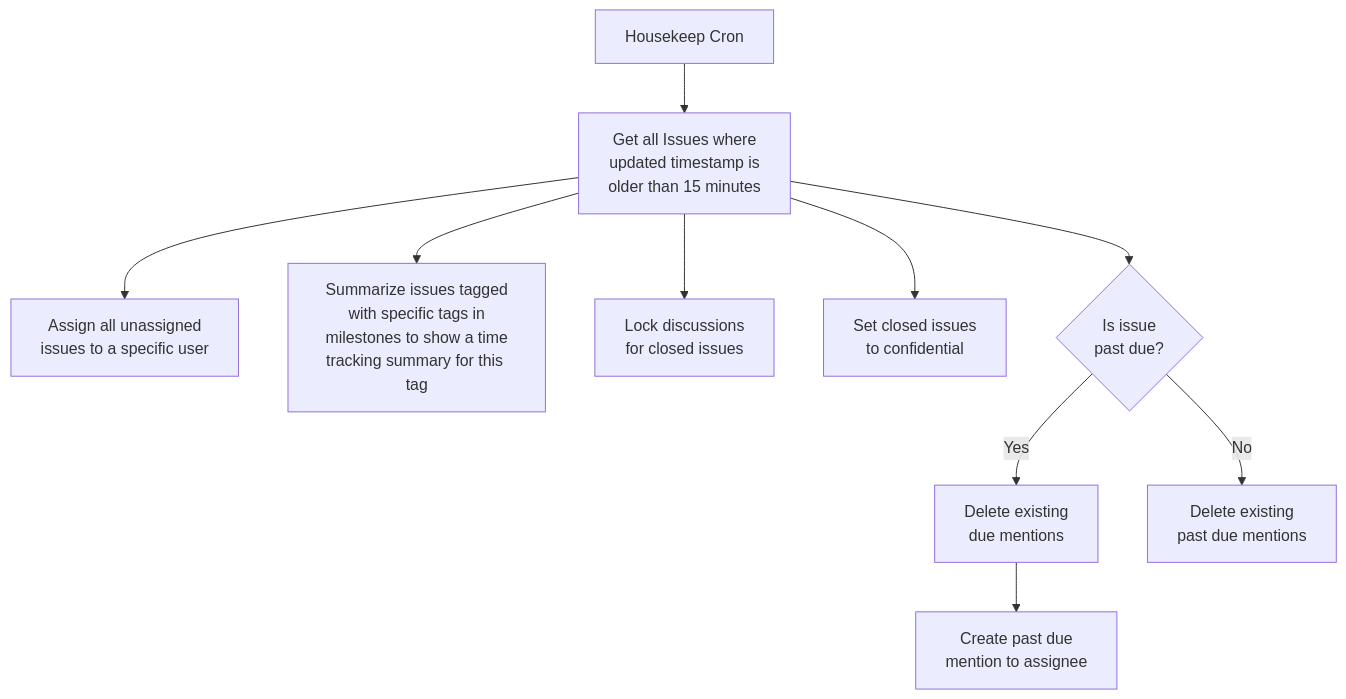
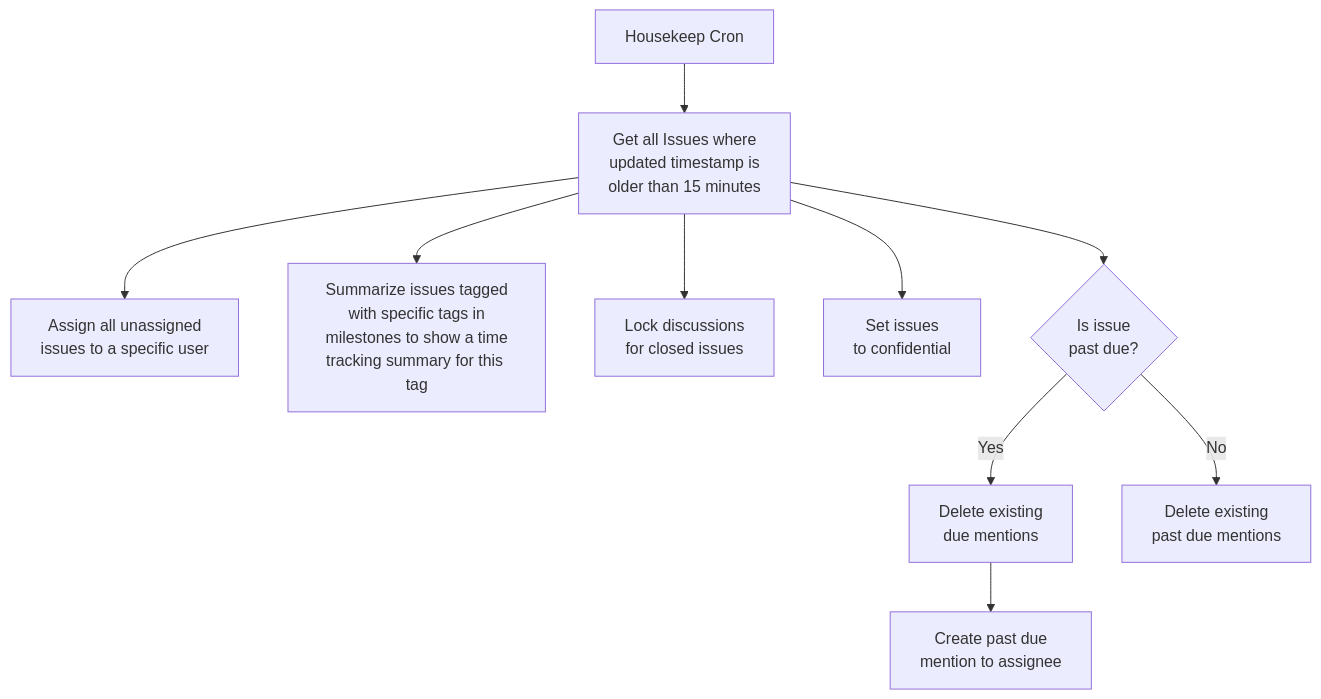
One commit to perryflynn/taskomat changed the first of 2 diagrams in README.md. Above: the diagram before and after it, drawn with Mermaid. The commit also changed 1 other file, not shown here.

Commit message:
set all issues to confidential

````diff
--- a/README.md
+++ b/README.md
@@ -26,12 +26,12 @@
 ```mermaid
 graph TD
     hk[Housekeep Cron] --> issues[Get all Issues where<br>updated timestamp is<br>older than 15 minutes]
     issues --> assign[Assign all unassigned<br>issues to a specific user]
     issues --> milestone[Summarize issues tagged<br>with specific tags in<br>milestones to show a time<br>tracking summary for this tag]
     issues --> lock[Lock discussions<br>for closed issues]
-    issues --> confidential[Set closed issues<br>to confidential]
+    issues --> confidential[Set issues<br>to confidential]
     issues --> isdue{Is issue<br>past due?}
     isdue -->|Yes| delduemsg2[Delete existing<br>due mentions]
     delduemsg2 --> addue[Create past due<br>mention to assignee]
     isdue -->|No| delduemsg[Delete existing<br>past due mentions]
 ```
````
